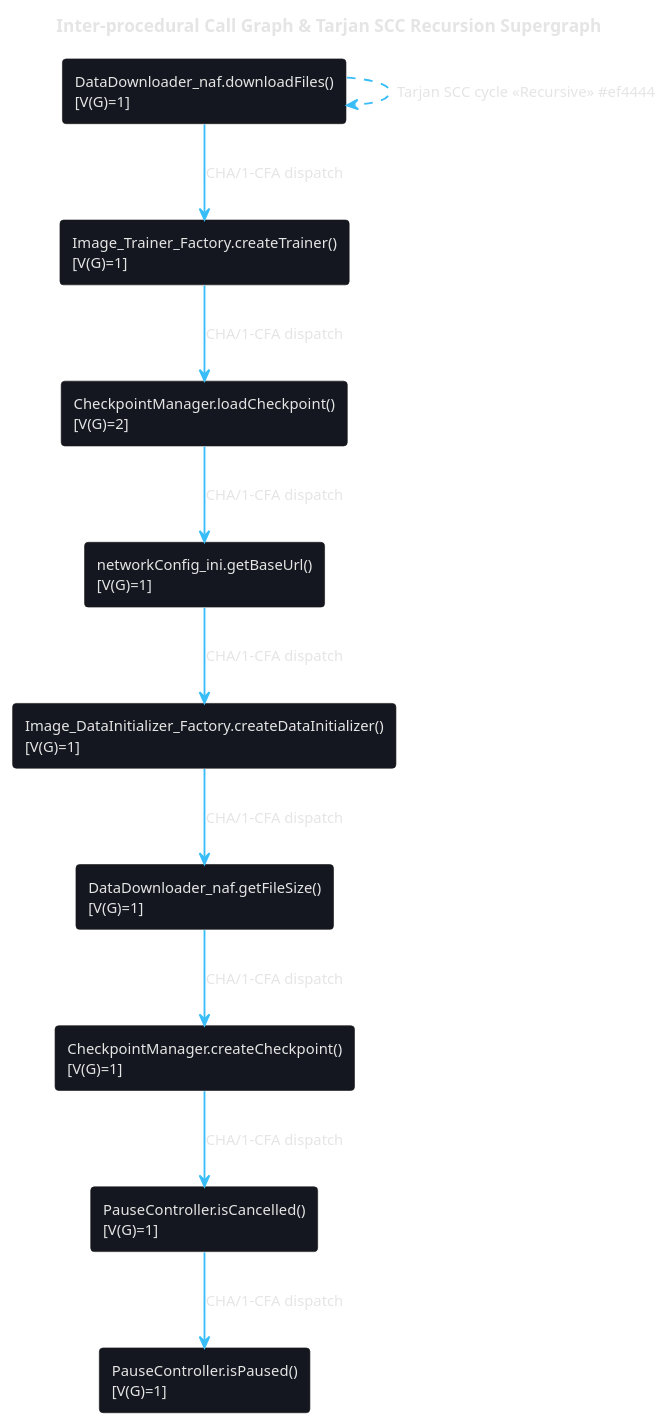
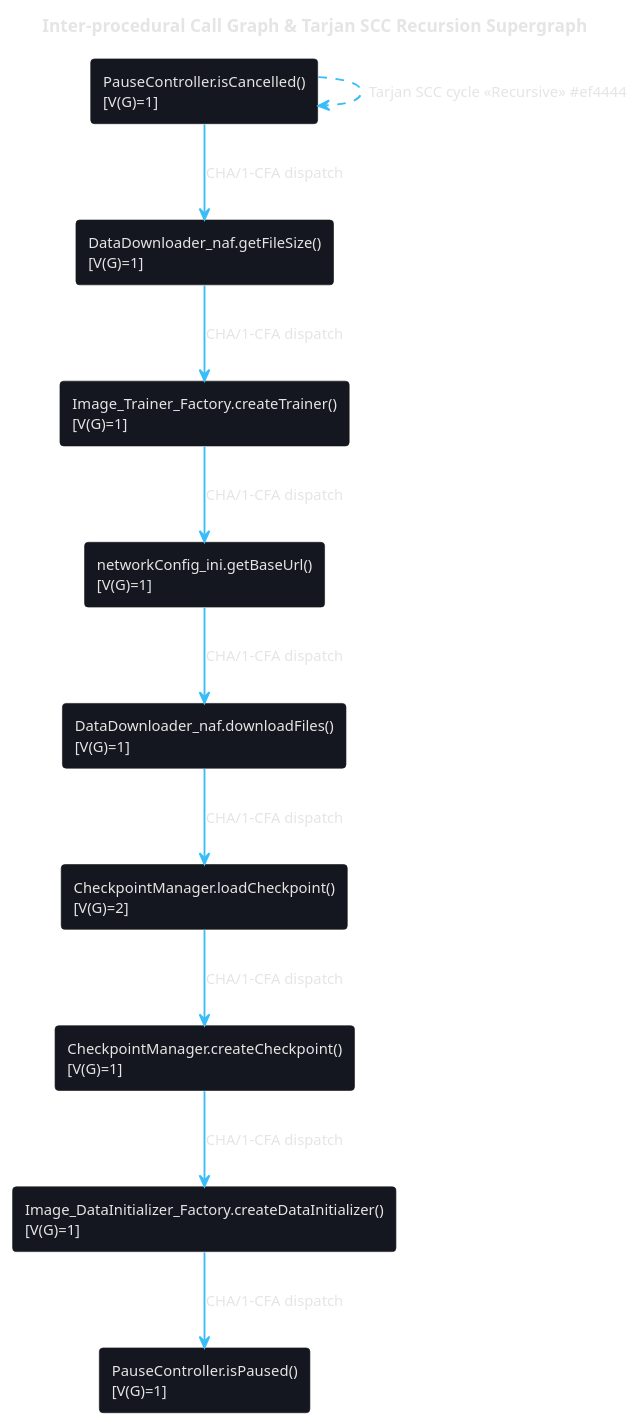
The diagram in web/diagrams/callgraph.puml (AhmadHassan-BTed/OpenHeart), drawn with PlantUML before and after one commit. The commit also changed 41 other files, not shown here.

Commit message:
feat: implement multi-diagram JSON export support, enable dark theme for code editor, and update diagram metadata structures

```diff
--- a/web/diagrams/callgraph.puml
+++ b/web/diagrams/callgraph.puml
@@ -1,73 +1,73 @@
 @startuml
 skinparam backgroundColor transparent
 skinparam monochrome false
 skinparam shadowing false
 skinparam roundcorner 6
 skinparam defaultFontName "Space Grotesk", "Segoe UI", sans-serif
 skinparam defaultFontColor #e5e5e5
 skinparam defaultFontSize 12
 skinparam ArrowColor #38bdf8
 skinparam ArrowThickness 1.5
 skinparam packageStyle rectangle
 skinparam PackageBorderColor #facc15
 skinparam PackageBackgroundColor #0f141c
 skinparam PackageFontColor #facc15
 skinparam ClassBorderColor #38bdf8
 skinparam ClassBackgroundColor #14171f
 skinparam ClassHeaderBackgroundColor #1e2433
 skinparam ClassFontColor #ffffff
 skinparam ObjectBorderColor #38bdf8
 skinparam ObjectBackgroundColor #14171f
 skinparam ObjectFontColor #ffffff
 skinparam ComponentBorderColor #38bdf8
 skinparam ComponentBackgroundColor #14171f
 skinparam ComponentFontColor #ffffff
 skinparam NodeBorderColor #38bdf8
 skinparam NodeBackgroundColor #14171f
 skinparam NodeFontColor #ffffff
 skinparam StateBorderColor #38bdf8
 skinparam StateBackgroundColor #14171f
 skinparam StateFontColor #ffffff
 skinparam ActivityBorderColor #38bdf8
 skinparam ActivityBackgroundColor #14171f
 skinparam ActivityFontColor #ffffff
 skinparam SequenceLifeLineBorderColor #38bdf8
 skinparam SequenceLifeLineBackgroundColor #14171f
 skinparam SequenceGroupBorderColor #facc15
 skinparam SequenceGroupBackgroundColor #0f141c
 skinparam SequenceGroupFontColor #facc15
 skinparam ParticipantBorderColor #38bdf8
 skinparam ParticipantBackgroundColor #14171f
 skinparam ParticipantFontColor #ffffff
 skinparam ActorBorderColor #facc15
 skinparam ActorBackgroundColor #14171f
 skinparam ActorFontColor #ffffff
 skinparam UsecaseBorderColor #38bdf8
 skinparam UsecaseBackgroundColor #14171f
 skinparam UsecaseFontColor #ffffff
 
 title Inter-procedural Call Graph & Tarjan SCC Recursion Supergraph
 
 rectangle "Image_DataInitializer_Factory.createDataInitializer()\n[V(G)=1]" as CG_Image_DataInitializer_Factory_createDataInitializer #14171f
 rectangle "Image_DataInitializer_Factory.createDataInitializer()\n[V(G)=1]" as CG_Image_DataInitializer_Factory_createDataInitializer #14171f
 rectangle "Image_Trainer_Factory.createTrainer()\n[V(G)=1]" as CG_Image_Trainer_Factory_createTrainer #14171f
 rectangle "Image_Trainer_Factory.createTrainer()\n[V(G)=1]" as CG_Image_Trainer_Factory_createTrainer #14171f
 rectangle "CheckpointManager.createCheckpoint()\n[V(G)=1]" as CG_CheckpointManager_createCheckpoint #14171f
 rectangle "CheckpointManager.loadCheckpoint()\n[V(G)=2]" as CG_CheckpointManager_loadCheckpoint #14171f
 rectangle "CheckpointManager.createCheckpoint()\n[V(G)=1]" as CG_CheckpointManager_createCheckpoint #14171f
 rectangle "networkConfig_ini.getBaseUrl()\n[V(G)=1]" as CG_networkConfig_ini_getBaseUrl #14171f
 rectangle "DataDownloader_naf.downloadFiles()\n[V(G)=1]" as CG_DataDownloader_naf_downloadFiles #14171f
 rectangle "DataDownloader_naf.downloadFiles()\n[V(G)=1]" as CG_DataDownloader_naf_downloadFiles #14171f
 rectangle "DataDownloader_naf.getFileSize()\n[V(G)=1]" as CG_DataDownloader_naf_getFileSize #14171f
 rectangle "PauseController.isPaused()\n[V(G)=1]" as CG_PauseController_isPaused #14171f
 rectangle "PauseController.isCancelled()\n[V(G)=1]" as CG_PauseController_isCancelled #14171f
-CG_DataDownloader_naf_downloadFiles --> CG_Image_Trainer_Factory_createTrainer : CHA/1-CFA dispatch
-CG_Image_Trainer_Factory_createTrainer --> CG_CheckpointManager_loadCheckpoint : CHA/1-CFA dispatch
-CG_CheckpointManager_loadCheckpoint --> CG_networkConfig_ini_getBaseUrl : CHA/1-CFA dispatch
-CG_networkConfig_ini_getBaseUrl --> CG_Image_DataInitializer_Factory_createDataInitializer : CHA/1-CFA dispatch
-CG_Image_DataInitializer_Factory_createDataInitializer --> CG_DataDownloader_naf_getFileSize : CHA/1-CFA dispatch
-CG_DataDownloader_naf_getFileSize --> CG_CheckpointManager_createCheckpoint : CHA/1-CFA dispatch
-CG_CheckpointManager_createCheckpoint --> CG_PauseController_isCancelled : CHA/1-CFA dispatch
-CG_PauseController_isCancelled --> CG_PauseController_isPaused : CHA/1-CFA dispatch
-CG_DataDownloader_naf_downloadFiles ..> CG_DataDownloader_naf_downloadFiles : Tarjan SCC cycle <<Recursive>> #ef4444
+CG_PauseController_isCancelled --> CG_DataDownloader_naf_getFileSize : CHA/1-CFA dispatch
+CG_DataDownloader_naf_getFileSize --> CG_Image_Trainer_Factory_createTrainer : CHA/1-CFA dispatch
+CG_Image_Trainer_Factory_createTrainer --> CG_networkConfig_ini_getBaseUrl : CHA/1-CFA dispatch
+CG_networkConfig_ini_getBaseUrl --> CG_DataDownloader_naf_downloadFiles : CHA/1-CFA dispatch
+CG_DataDownloader_naf_downloadFiles --> CG_CheckpointManager_loadCheckpoint : CHA/1-CFA dispatch
+CG_CheckpointManager_loadCheckpoint --> CG_CheckpointManager_createCheckpoint : CHA/1-CFA dispatch
+CG_CheckpointManager_createCheckpoint --> CG_Image_DataInitializer_Factory_createDataInitializer : CHA/1-CFA dispatch
+CG_Image_DataInitializer_Factory_createDataInitializer --> CG_PauseController_isPaused : CHA/1-CFA dispatch
+CG_PauseController_isCancelled ..> CG_PauseController_isCancelled : Tarjan SCC cycle <<Recursive>> #ef4444
 @enduml
```
